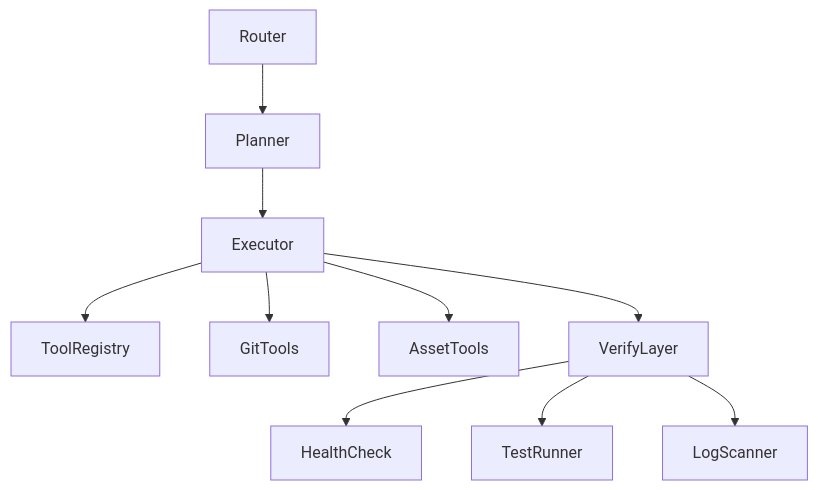
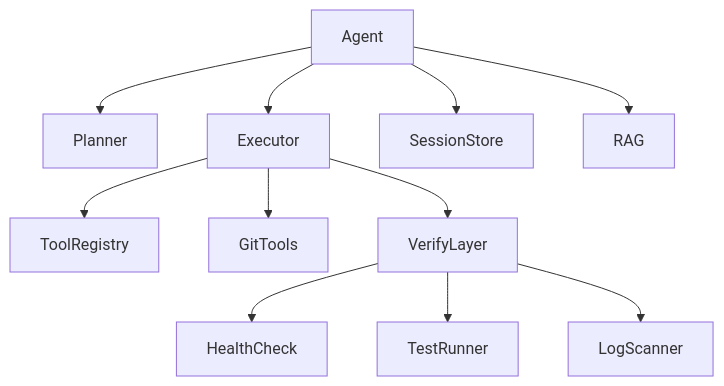
The fourth of 4 diagrams in контекст.md (Roman-Ch-32/new_agent), drawn with Mermaid before and after one commit. The commit also changed other lines of this file and 10 other files, not shown here.

````diff
--- a/контекст.md
+++ b/контекст.md
@@ -139,12 +98,13 @@
-``` mermaid
+```mermaid
 graph TD
-    Router --> Planner
-    Planner --> Executor
+    Agent --> Planner
+    Agent --> Executor
     Executor --> ToolRegistry
     Executor --> GitTools
-    Executor --> AssetTools
     Executor --> VerifyLayer
     VerifyLayer --> HealthCheck
     VerifyLayer --> TestRunner
     VerifyLayer --> LogScanner
+    Agent --> SessionStore
+    Agent --> RAG
 ```
````
